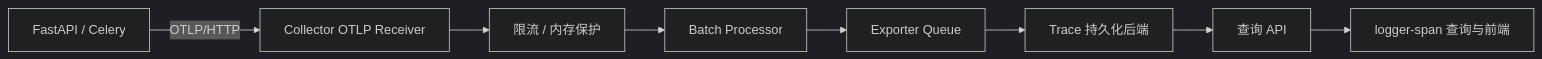
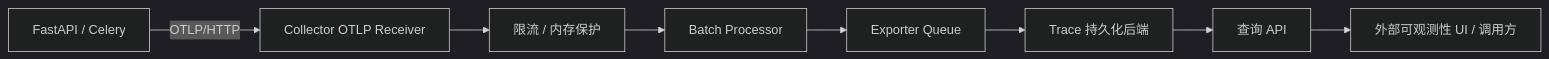
Before and after one commit to lilinzezzzzzz/agent-backend: the second of 2 diagrams in docs/opentelemetry/project_integration_and_persistence.md, drawn with Mermaid (dark theme). The commit also changed other lines of this file and 19 other files, not shown here.

First line of the commit message:
chore!: 移除前端及 logger-span demo

````diff
--- a/docs/opentelemetry/project_integration_and_persistence.md
+++ b/docs/opentelemetry/project_integration_and_persistence.md
@@ -229,10 +231,10 @@
 ```mermaid
 flowchart LR
     App[FastAPI / Celery] -->|OTLP/HTTP| Receiver[Collector OTLP Receiver]
     Receiver --> Guard[限流 / 内存保护]
     Guard --> Batch[Batch Processor]
     Batch --> Queue[Exporter Queue]
     Queue --> Backend[Trace 持久化后端]
     Backend --> QueryAPI[查询 API]
-    QueryAPI --> Demo[logger-span 查询与前端]
+    QueryAPI --> UI[外部可观测性 UI / 调用方]
 ```
````
